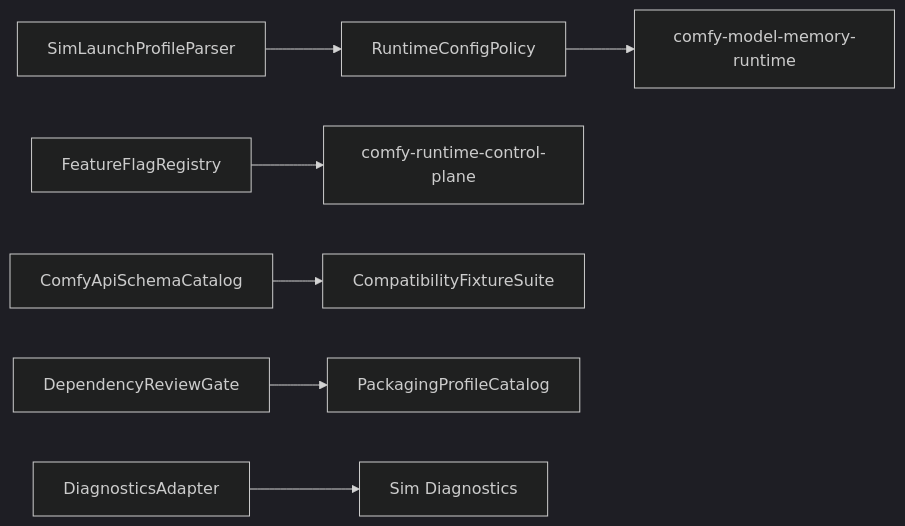
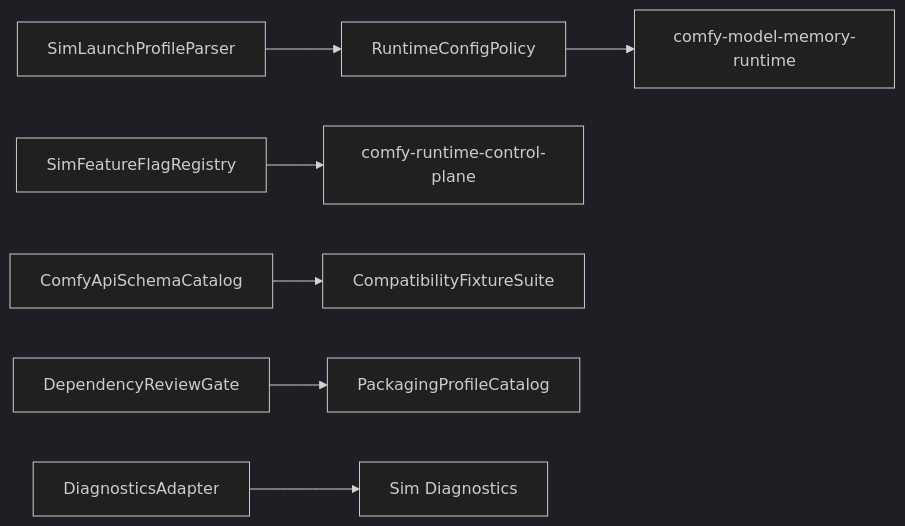
Before and after one commit to imagineerings/xor: the diagram in .agents/specs/godot-migration/comfy-packaging-quality/design.md, drawn with Mermaid (dark theme). The commit also changed other lines of this file and 5 other files, not shown here.

First line of the commit message:
feat(world_model): add native Sim feature flag registry (#179)

````diff
--- a/.agents/specs/godot-migration/comfy-packaging-quality/design.md
+++ b/.agents/specs/godot-migration/comfy-packaging-quality/design.md
@@ -9,9 +9,9 @@
 ```mermaid
 flowchart LR
     Config[SimLaunchProfileParser] --> Policy[RuntimeConfigPolicy]
     Policy --> Model[comfy-model-memory-runtime]
-    Flags[FeatureFlagRegistry] --> Runtime[comfy-runtime-control-plane]
+    Flags[SimFeatureFlagRegistry] --> Runtime[comfy-runtime-control-plane]
     Schema[ComfyApiSchemaCatalog] --> Tests[CompatibilityFixtureSuite]
     Deps[DependencyReviewGate] --> Packaging[PackagingProfileCatalog]
     Logs[DiagnosticsAdapter] --> SimDiag[Sim Diagnostics]
 ```
````
